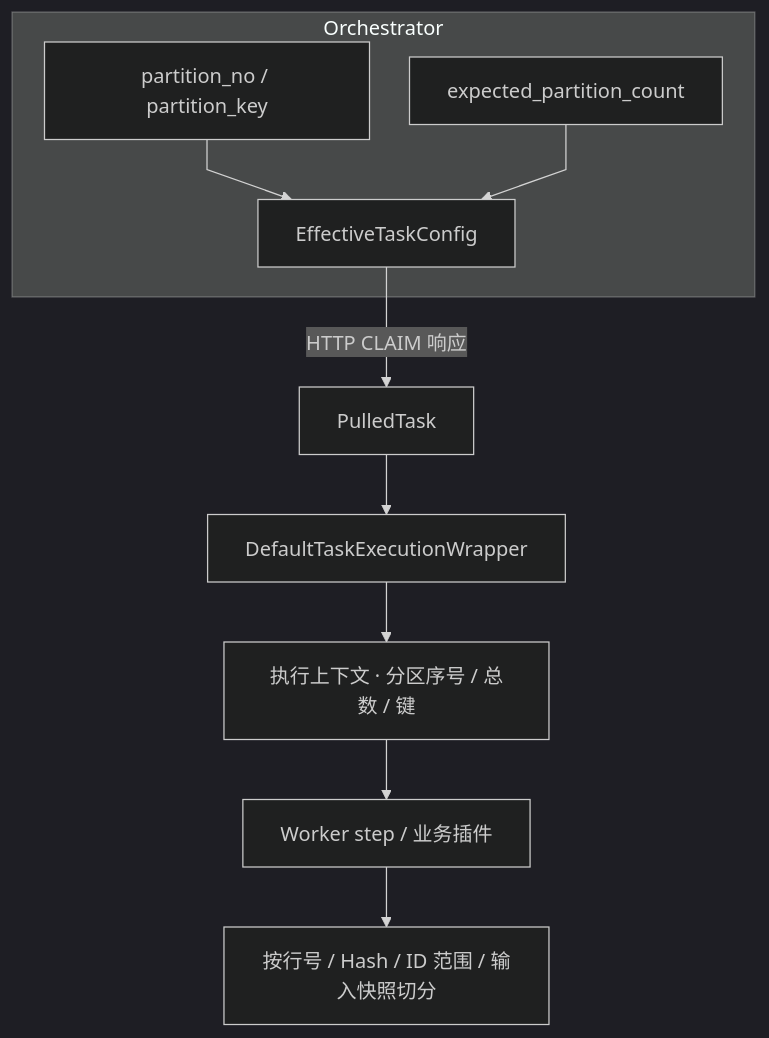
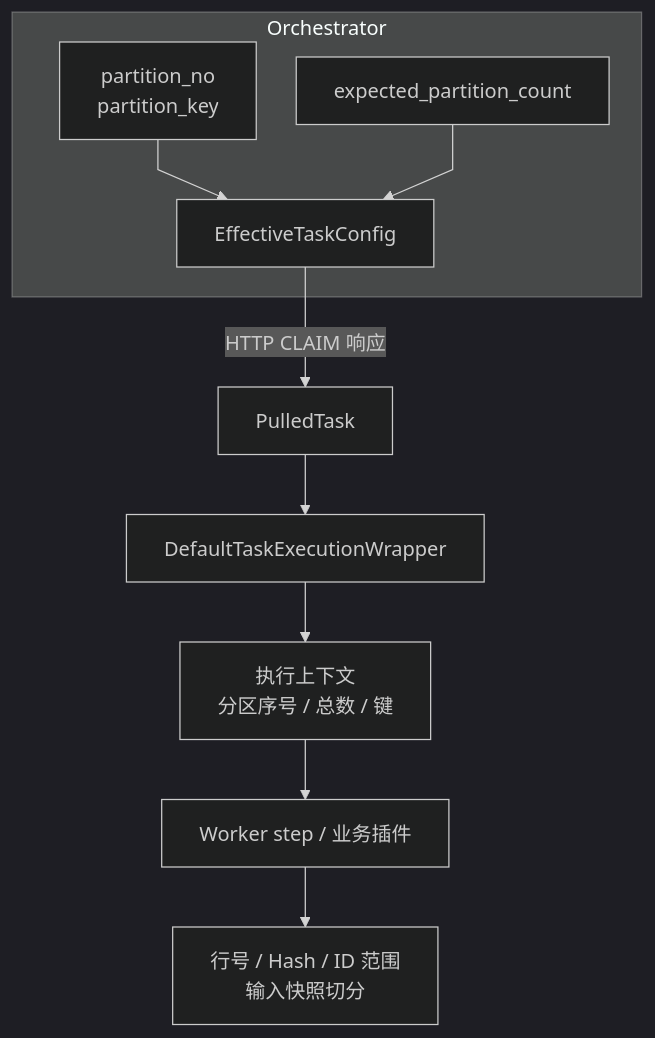
Before and after one commit to pinpols/file-batch-system: the second of 6 diagrams in docs/architecture/core-model.md, drawn with Mermaid (dark theme). The commit also changed other lines of this file and 11 other files, not shown here.

````diff
--- a/docs/architecture/core-model.md
+++ b/docs/architecture/core-model.md
@@ -149,16 +149,13 @@
 ```mermaid
 %%{init: {"flowchart":{"curve":"linear","nodeSpacing":32,"rankSpacing":48},"sequence":{"mirrorActors":false}}}%%
 flowchart TB
   subgraph O["Orchestrator"]
-    P["partition_no / partition_key"]
-    J["expected_partition_count"]
-    CFG["EffectiveTaskConfig"]
-    P --> CFG
-    J --> CFG
+    P["partition_no<br/>partition_key"] --> CFG["EffectiveTaskConfig"]
+    J["expected_partition_count"] --> CFG
   end
   CFG -->|"HTTP CLAIM 响应"| T["PulledTask"]
   T --> W["DefaultTaskExecutionWrapper"]
-  W --> C["执行上下文 · 分区序号 / 总数 / 键"]
+  W --> C["执行上下文<br/>分区序号 / 总数 / 键"]
   C --> PL["Worker step / 业务插件"]
-  PL --> S["按行号 / Hash / ID 范围 / 输入快照切分"]
+  PL --> S["行号 / Hash / ID 范围<br/>输入快照切分"]
 ```
````
